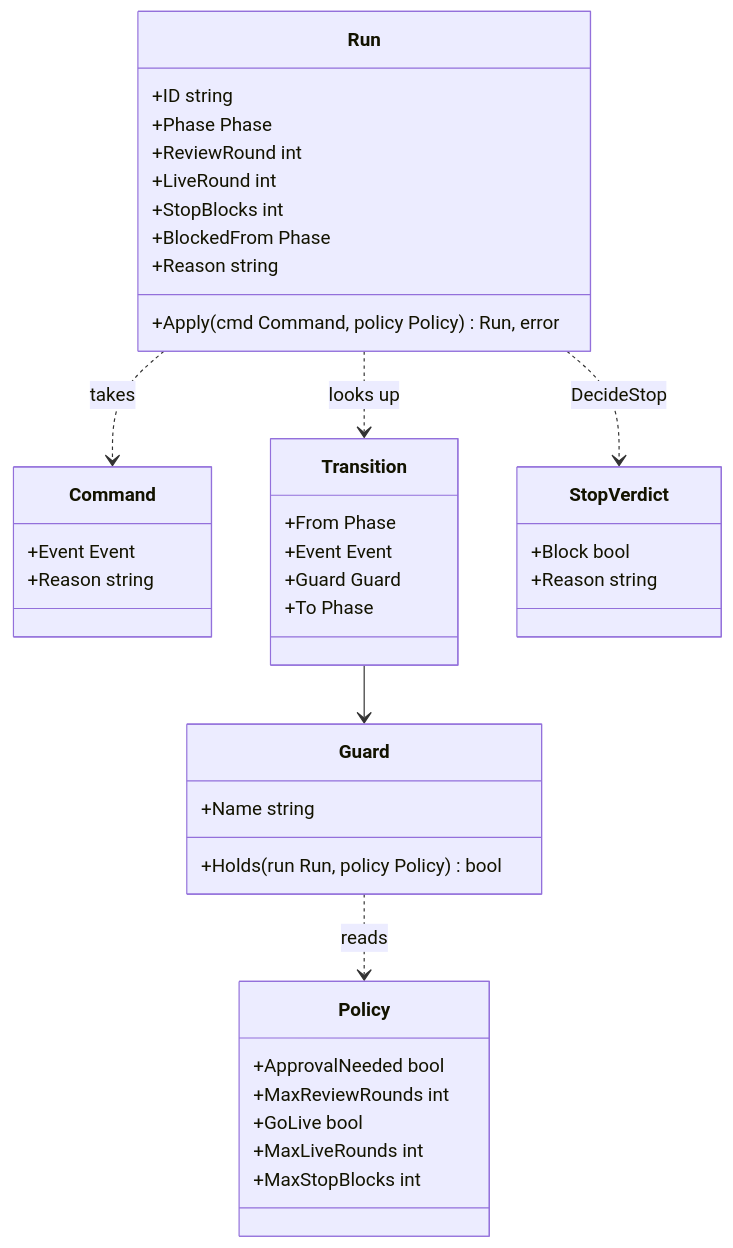
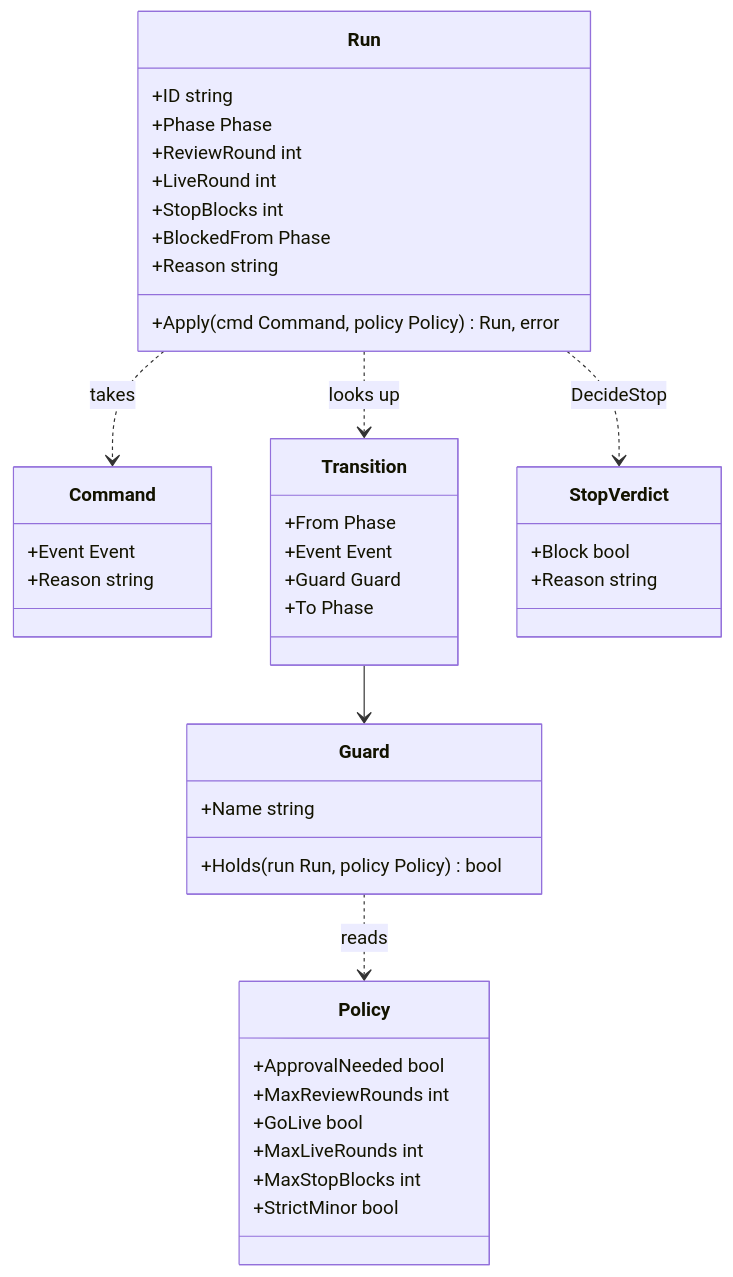
One commit to 90p-labs/harness changed the second of 6 diagrams in DESIGN.md. Above: the diagram before and after it, drawn with Mermaid. The commit also changed other lines of this file and 30 other files, not shown here.

````diff
--- a/DESIGN.md
+++ b/DESIGN.md
@@ -159,43 +164,44 @@
 ```mermaid
 classDiagram
     class Run {
         +ID string
         +Phase Phase
         +ReviewRound int
         +LiveRound int
         +StopBlocks int
         +BlockedFrom Phase
         +Reason string
         +Apply(cmd Command, policy Policy) Run, error
     }
     class Command {
         +Event Event
         +Reason string
     }
     class Transition {
         +From Phase
         +Event Event
         +Guard Guard
         +To Phase
     }
     class Guard {
         +Name string
         +Holds(run Run, policy Policy) bool
     }
     class Policy {
         +ApprovalNeeded bool
         +MaxReviewRounds int
         +GoLive bool
         +MaxLiveRounds int
         +MaxStopBlocks int
+        +StrictMinor bool
     }
     class StopVerdict {
         +Block bool
         +Reason string
     }
     Run ..> Command : takes
     Run ..> Transition : looks up
     Transition --> Guard
     Guard ..> Policy : reads
     Run ..> StopVerdict : DecideStop
 ```
````
